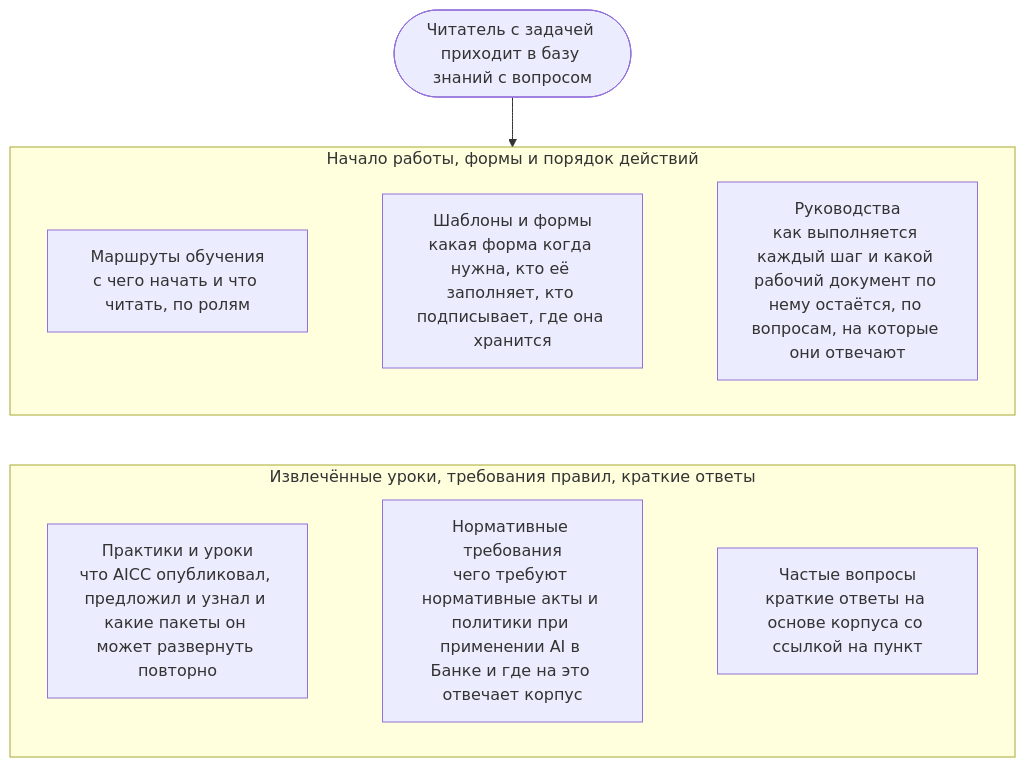
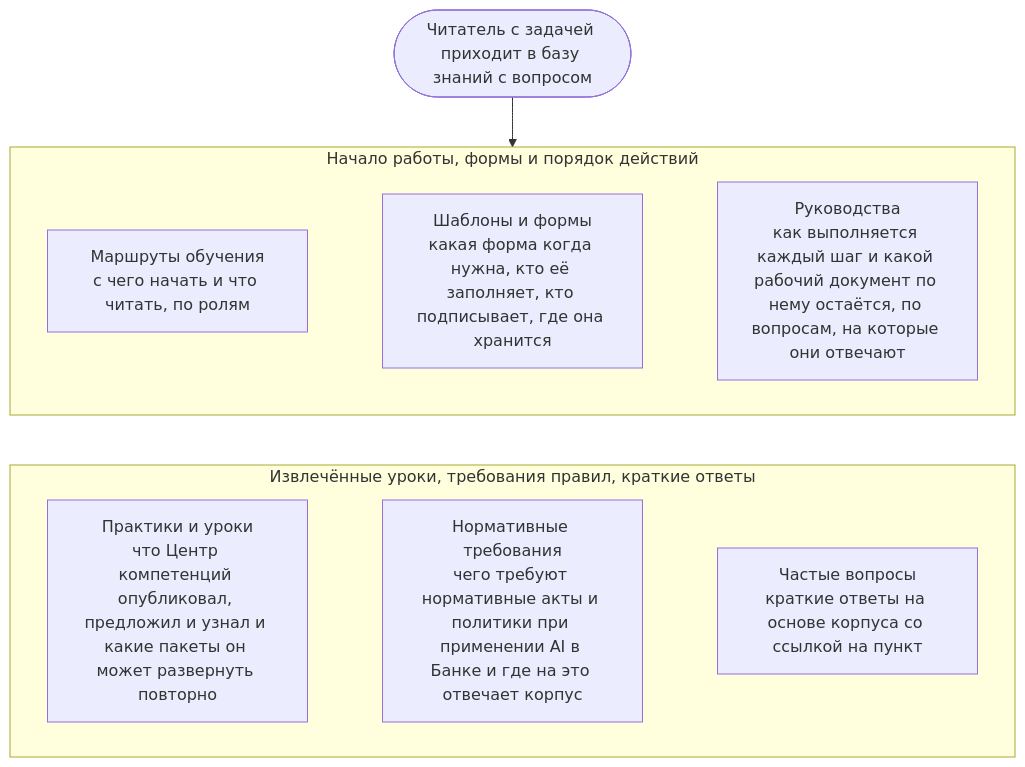
Before and after one commit to devhogu/ob-aicc: the diagram in portal/content/ru/knowledge-base/overview.md, drawn with Mermaid. The commit also changed other lines of this file and 1149 other files, not shown here.

````diff
--- a/portal/content/ru/knowledge-base/overview.md
+++ b/portal/content/ru/knowledge-base/overview.md
@@ -13,14 +13,14 @@
 ```mermaid
 flowchart TB
   Q(["Читатель с задачей приходит в базу знаний с вопросом"])
   subgraph ROW1["Начало работы, формы и порядок действий"]
     direction LR
     L["Маршруты обучения<br/>с чего начать и что читать, по ролям"] ~~~ T["Шаблоны и формы<br/>какая форма когда нужна, кто её заполняет, кто подписывает, где она хранится"] ~~~ G["Руководства<br/>как выполняется каждый шаг и какой рабочий документ по нему остаётся, по вопросам, на которые они отвечают"]
   end
   subgraph ROW2["Извлечённые уроки, требования правил, краткие ответы"]
     direction LR
-    P["Практики и уроки<br/>что AICC опубликовал, предложил и узнал и какие пакеты он может развернуть повторно"] ~~~ A["Нормативные требования<br/>чего требуют нормативные акты и политики при применении AI в Банке и где на это отвечает корпус"] ~~~ F["Частые вопросы<br/>краткие ответы на основе корпуса со ссылкой на пункт"]
+    P["Практики и уроки<br/>что Центр компетенций опубликовал, предложил и узнал и какие пакеты он может развернуть повторно"] ~~~ A["Нормативные требования<br/>чего требуют нормативные акты и политики при применении AI в Банке и где на это отвечает корпус"] ~~~ F["Частые вопросы<br/>краткие ответы на основе корпуса со ссылкой на пункт"]
   end
   Q --> ROW1
   ROW1 ~~~ ROW2
 ```
````
